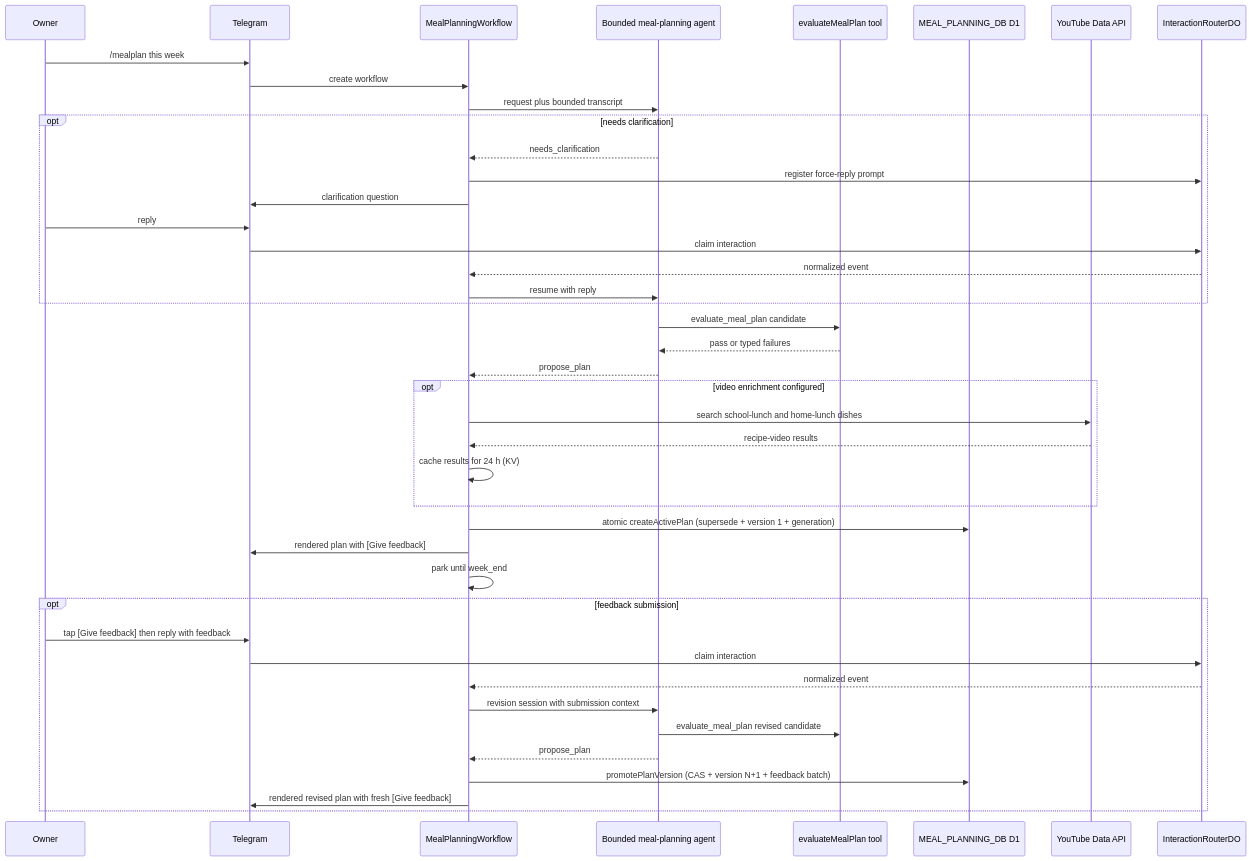
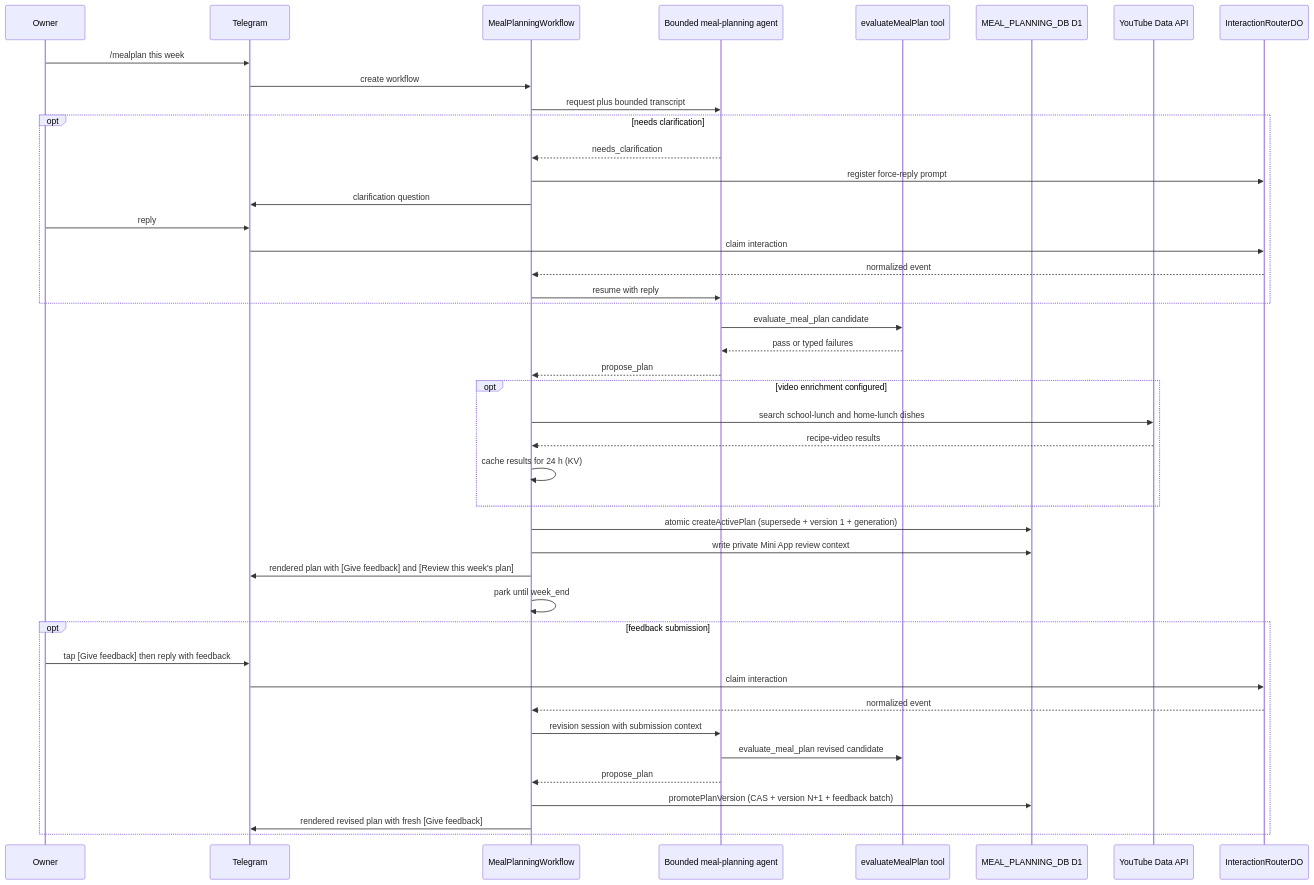
The fourth of 5 diagrams in docs/architecture/request-flows.md (satwikhebbar/kipp), drawn with Mermaid before and after one commit. The commit also changed other lines of this file and 3 other files, not shown here.

Commit message:
docs(mini-app): add review release guidance

````diff
--- a/docs/architecture/request-flows.md
+++ b/docs/architecture/request-flows.md
@@ -148,45 +148,46 @@
 ```mermaid
 sequenceDiagram
   participant U as Owner
   participant T as Telegram
   participant M as MealPlanningWorkflow
   participant A as Bounded meal-planning agent
   participant E as evaluateMealPlan tool
   participant D as MEAL_PLANNING_DB D1
   participant Y as YouTube Data API
   participant R as InteractionRouterDO
 
   U->>T: /mealplan this week
   T->>M: create workflow
   M->>A: request plus bounded transcript
   opt needs clarification
     A-->>M: needs_clarification
     M->>R: register force-reply prompt
     M->>T: clarification question
     U->>T: reply
     T->>R: claim interaction
     R-->>M: normalized event
     M->>A: resume with reply
   end
   A->>E: evaluate_meal_plan candidate
   E-->>A: pass or typed failures
   A-->>M: propose_plan
   opt video enrichment configured
     M->>Y: search school-lunch and home-lunch dishes
     Y-->>M: recipe-video results
     M->>M: cache results for 24 h (KV)
   end
   M->>D: atomic createActivePlan (supersede + version 1 + generation)
-  M->>T: rendered plan with [Give feedback]
+  M->>D: write private Mini App review context
+  M->>T: rendered plan with [Give feedback] and [Review this week's plan]
   M->>M: park until week_end
   opt feedback submission
     U->>T: tap [Give feedback] then reply with feedback
     T->>R: claim interaction
     R-->>M: normalized event
     M->>A: revision session with submission context
     A->>E: evaluate_meal_plan revised candidate
     A-->>M: propose_plan
     M->>D: promotePlanVersion (CAS + version N+1 + feedback batch)
     M->>T: rendered revised plan with fresh [Give feedback]
   end
 ```
````
